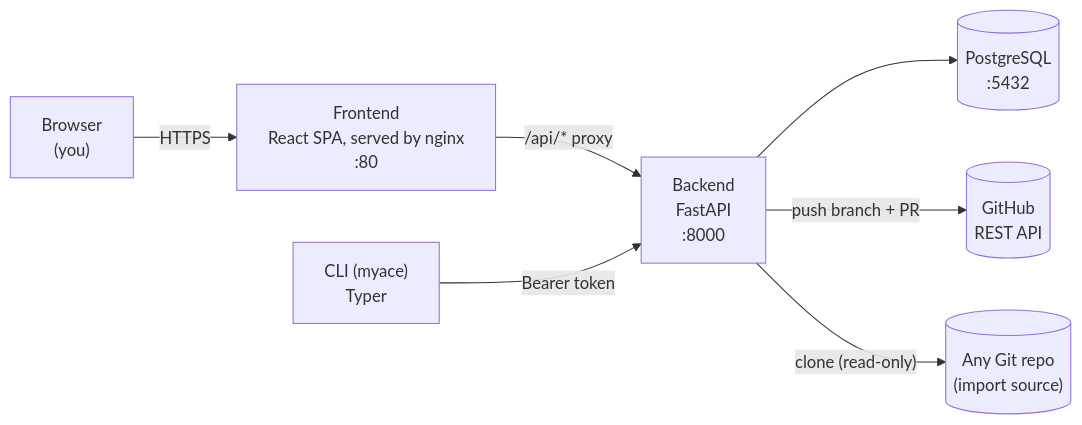
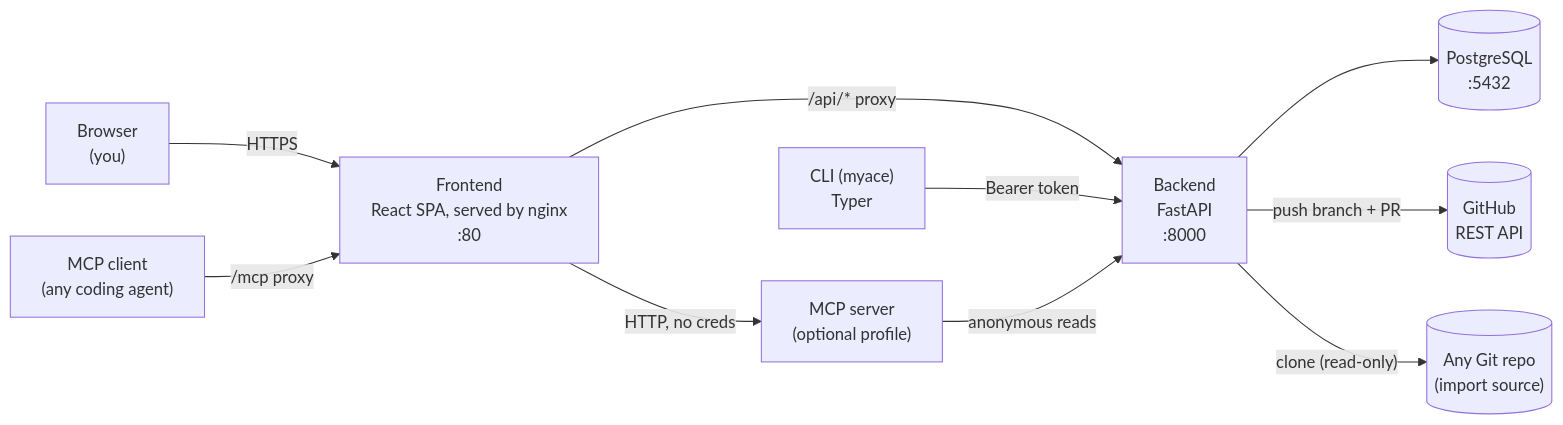
The diagram in docs/architecture.md (niels-emmer/myace), drawn with Mermaid before and after one commit. The commit also changed other lines of this file and 8 other files, not shown here.

First line of the commit message:
docs: record the MCP decision and how to connect an agent

````diff
--- a/docs/architecture.md
+++ b/docs/architecture.md
@@ -16,9 +16,12 @@
 ```mermaid
 flowchart LR
     Browser["Browser<br/>(you)"] -->|HTTPS| Frontend["Frontend<br/>React SPA, served by nginx<br/>:80"]
     Frontend -->|"/api/* proxy"| Backend["Backend<br/>FastAPI<br/>:8000"]
     CLI["CLI (myace)<br/>Typer"] -->|"Bearer token"| Backend
+    Agent["MCP client<br/>(any coding agent)"] -->|"/mcp proxy"| Frontend
+    Frontend -->|"HTTP, no creds"| MCP["MCP server<br/>(optional profile)"]
+    MCP -->|"anonymous reads"| Backend
     Backend --> DB[("PostgreSQL<br/>:5432")]
     Backend -->|"push branch + PR"| GitHub[("GitHub<br/>REST API")]
     Backend -->|"clone (read-only)"| GitSource[("Any Git repo<br/>(import source)")]
 ```
````
